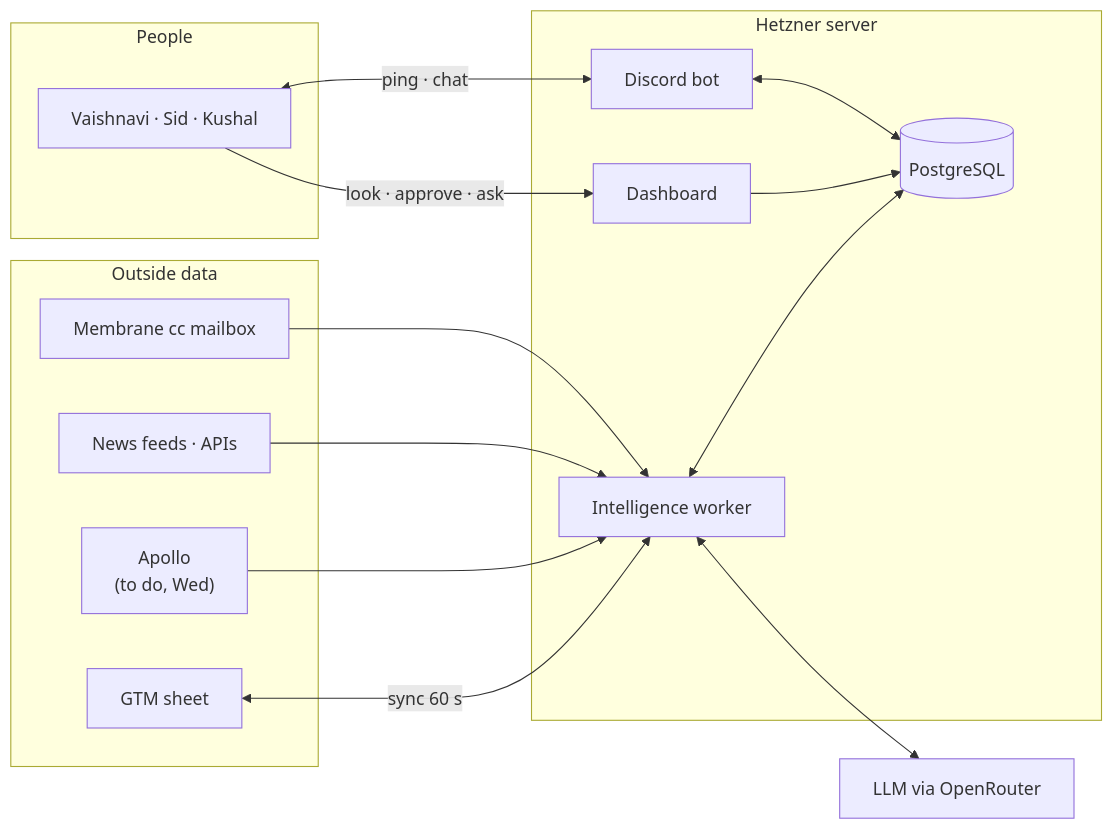
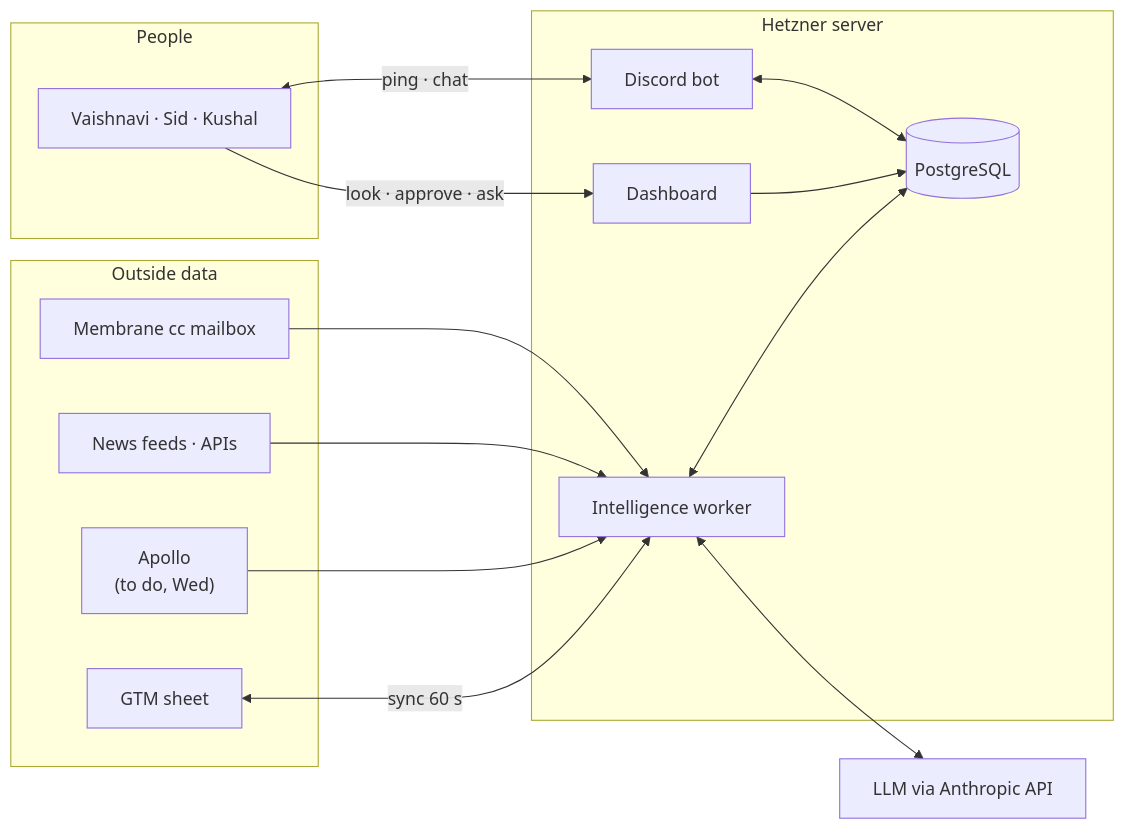
One commit to Trishi7/Saley changed the first of 19 diagrams in docs/01-architecture.md. Above: the diagram before and after it, drawn with Mermaid. The commit also changed other lines of this file and 121 other files, not shown here.

````diff
--- a/docs/01-architecture.md
+++ b/docs/01-architecture.md
@@ -7,29 +7,29 @@
 ```mermaid
 flowchart LR
   subgraph PEOPLE["People"]
     V["Vaishnavi · Sid · Kushal"]
   end
   subgraph IN["Outside data"]
     SH["GTM sheet"]
     AP["Apollo<br/>(to do, Wed)"]
     NEWS["News feeds · APIs"]
     MAIL["Membrane cc mailbox"]
   end
   subgraph HZ["Hetzner server"]
     DASH["Dashboard"]
     BOT["Discord bot"]
     BRAIN["Intelligence worker"]
     DB[("PostgreSQL")]
   end
-  LLM["LLM via OpenRouter"]
+  LLM["LLM via Anthropic API"]
   V -->|"look · approve · ask"| DASH
   V <-->|"ping · chat"| BOT
   SH <-->|"sync 60 s"| BRAIN
   AP --> BRAIN
   NEWS --> BRAIN
   MAIL --> BRAIN
   BRAIN <--> DB
   DASH --> DB
   BOT <--> DB
   BRAIN <--> LLM
 ```
````
